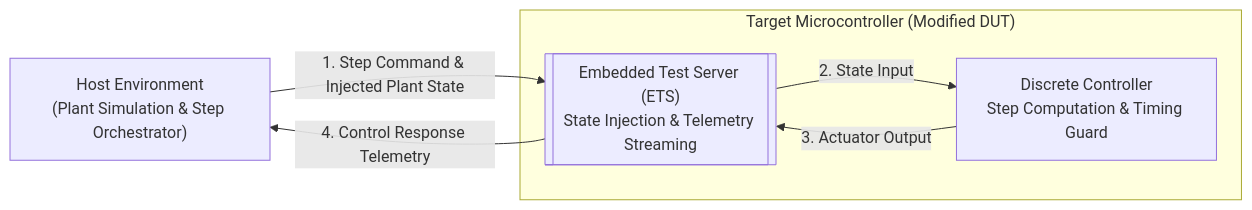
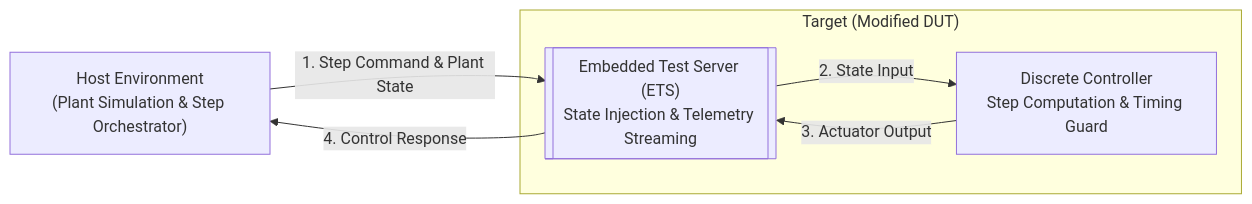
Before and after one commit to Dyse-Industries/control-rs: the fifth of 8 diagrams in documentation/ets/ConOps.md, drawn with Mermaid. The commit also changed other lines of this file and 4 other files, not shown here.

````diff
--- a/documentation/ets/ConOps.md
+++ b/documentation/ets/ConOps.md
@@ -127,14 +119,14 @@
 ```mermaid
 flowchart LR
     HOST["Host Environment<br/>(Plant Simulation & Step Orchestrator)"]
 
-    subgraph MCU ["Target Microcontroller (Modified DUT)"]
+    subgraph MCU ["Target (Modified DUT)"]
         ETS[["Embedded Test Server (ETS)<br/>State Injection & Telemetry Streaming"]]
         CTRL["Discrete Controller<br/>Step Computation & Timing Guard"]
     end
 
-    HOST -->|" 1. Step Command & Injected Plant State "| ETS
+    HOST -->|" 1. Step Command & Plant State "| ETS
     ETS -->|" 2. State Input "| CTRL
     CTRL -->|" 3. Actuator Output "| ETS
-    ETS -->|" 4. Control Response Telemetry "| HOST
+    ETS -->|" 4. Control Response "| HOST
 ```
````
